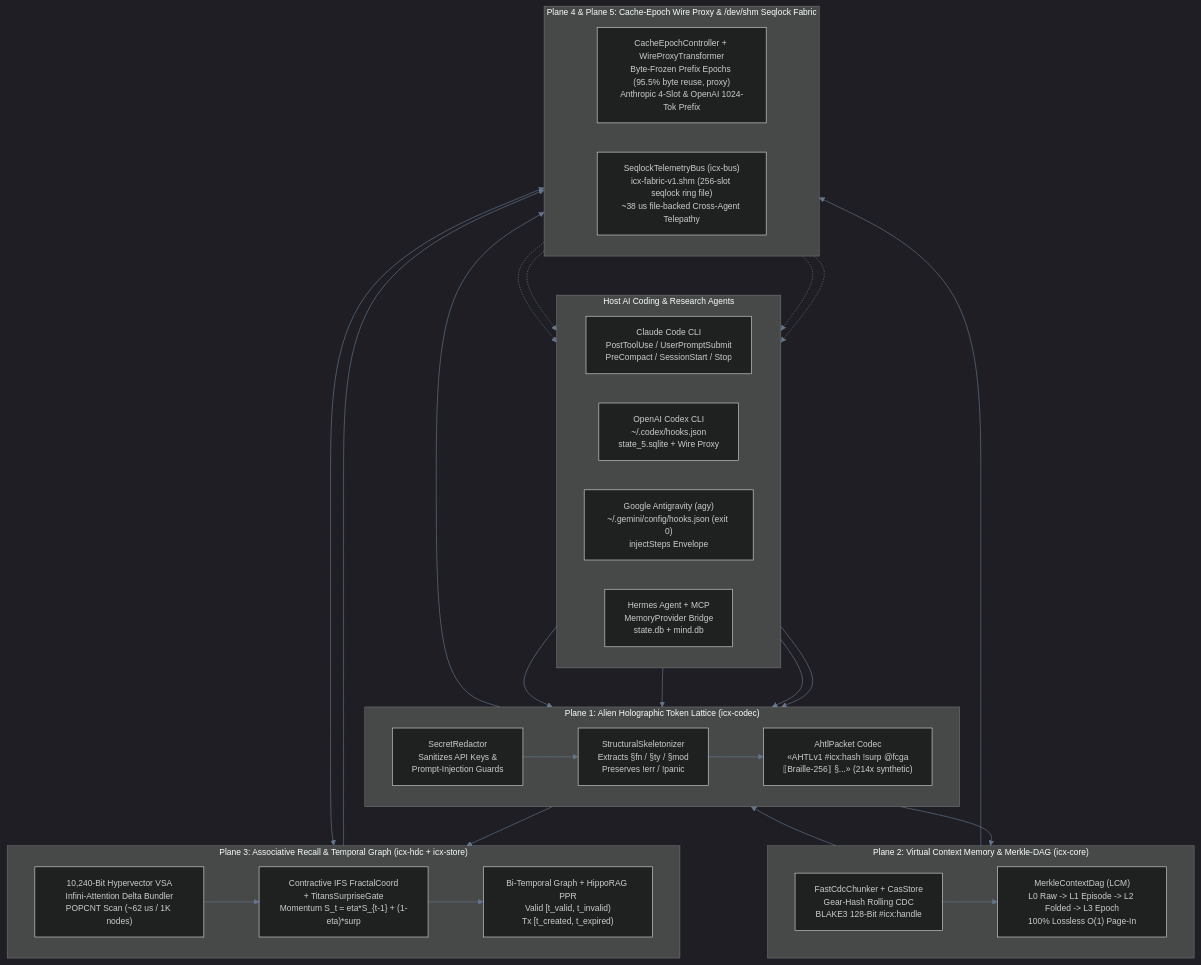
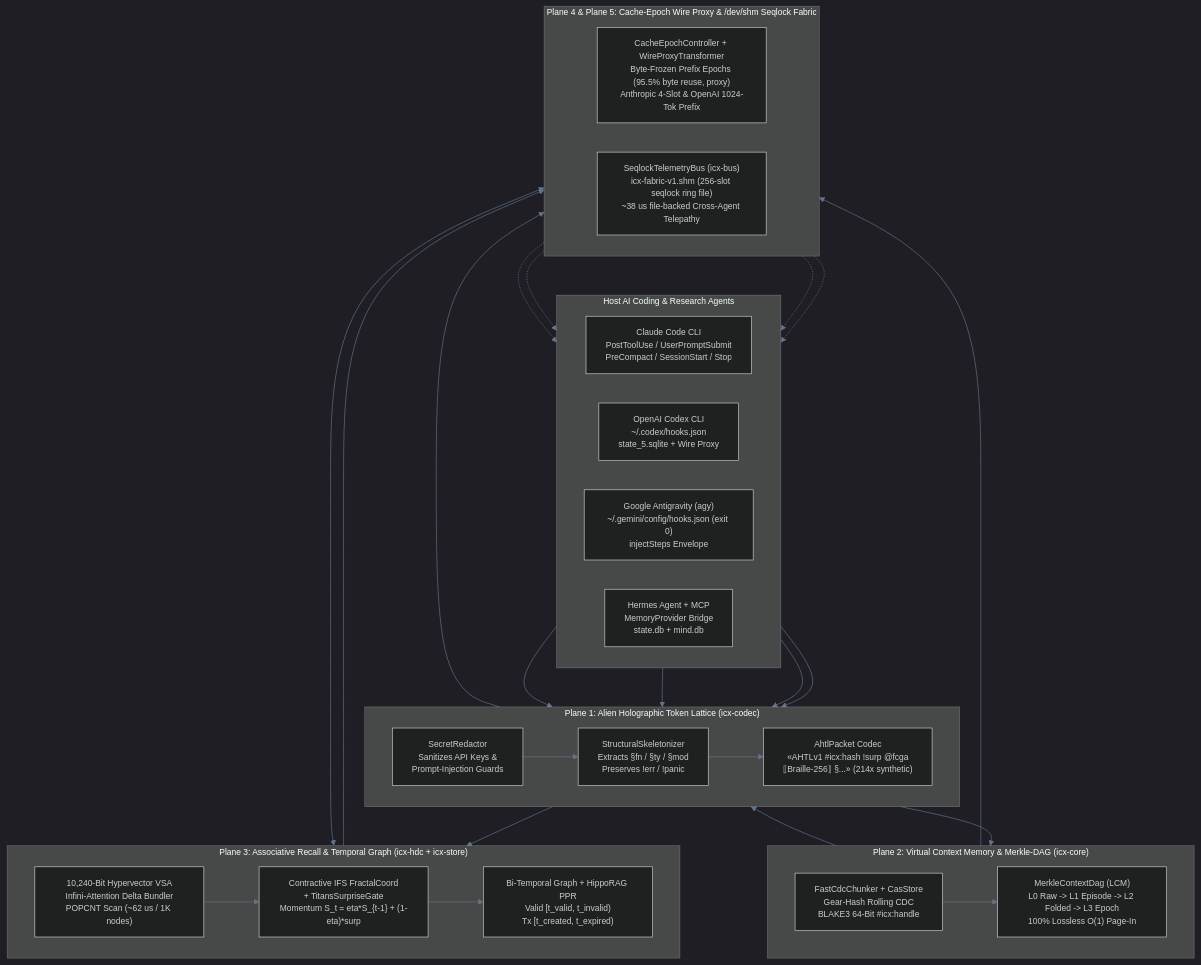
Before and after one commit to doublegate/Infinity-Context: the diagram in docs/diagrams/five-plane-architecture.mmd, drawn with Mermaid. The commit also changed 7 other files, not shown here.

Commit message:
docs(images): correct handle width, HDC scan rate, PPR alpha and proxy deps in graphs

```diff
--- a/docs/diagrams/five-plane-architecture.mmd
+++ b/docs/diagrams/five-plane-architecture.mmd
@@ -1,58 +1,58 @@
 %%{init: {
   "theme": "dark",
   "themeVariables": {
     "fontFamily": "JetBrains Mono, ui-monospace, SFMono-Regular, Menlo, Consolas, monospace",
     "fontSize": "13px",
     "primaryColor": "#0f172a",
     "primaryTextColor": "#f8fafc",
     "primaryBorderColor": "#38bdf8",
     "lineColor": "#64748b",
     "secondaryColor": "#1e1b4b",
     "tertiaryColor": "#064e3b"
   },
   "flowchart": { "curve": "basis", "nodeSpacing": 45, "rankSpacing": 60 }
 }}%%
 
 flowchart TB
   subgraph AGENTS["Host AI Coding & Research Agents"]
     direction LR
     CC["Claude Code CLI<br/>PostToolUse / UserPromptSubmit<br/>PreCompact / SessionStart / Stop"]
     CX["OpenAI Codex CLI<br/>~/.codex/hooks.json<br/>state_5.sqlite + Wire Proxy"]
     AG["Google Antigravity (agy)<br/>~/.gemini/config/hooks.json (exit 0)<br/>injectSteps Envelope"]
     HM["Hermes Agent + MCP<br/>MemoryProvider Bridge<br/>state.db + mind.db"]
   end
 
   subgraph P1["Plane 1: Alien Holographic Token Lattice (icx-codec)"]
     direction LR
     RED["SecretRedactor<br/>Sanitizes API Keys &amp;<br/>Prompt-Injection Guards"]
     SKEL["StructuralSkeletonizer<br/>Extracts §fn / §ty / §mod<br/>Preserves !err / !panic"]
     AHTL["AhtlPacket Codec<br/>«AHTLv1 #icx:hash !surp @fcga<br/>⟦Braille-256⟧ §...» (214x synthetic)"]
   end
 
   subgraph P2["Plane 2: Virtual Context Memory & Merkle-DAG (icx-core)"]
     direction LR
-    CDC["FastCdcChunker + CasStore<br/>Gear-Hash Rolling CDC<br/>BLAKE3 128-Bit #icx:handle"]
+    CDC["FastCdcChunker + CasStore<br/>Gear-Hash Rolling CDC<br/>BLAKE3 64-Bit #icx:handle"]
     DAG["MerkleContextDag (LCM)<br/>L0 Raw -> L1 Episode -> L2 Folded -> L3 Epoch<br/>100% Lossless O(1) Page-In"]
   end
 
   subgraph P3["Plane 3: Associative Recall & Temporal Graph (icx-hdc + icx-store)"]
     direction LR
     HDC["10,240-Bit Hypervector VSA<br/>Infini-Attention Delta Bundler<br/>POPCNT Scan (~62 us / 1K nodes)"]
     FCGA["Contractive IFS FractalCoord<br/>+ TitansSurpriseGate<br/>Momentum S_t = eta*S_{t-1} + (1-eta)*surp"]
     PPR["Bi-Temporal Graph + HippoRAG PPR<br/>Valid [t_valid, t_invalid)<br/>Tx [t_created, t_expired)"]
   end
 
   subgraph P45["Plane 4 & Plane 5: Cache-Epoch Wire Proxy & /dev/shm Seqlock Fabric"]
     direction LR
     EPOCH["CacheEpochController + WireProxyTransformer<br/>Byte-Frozen Prefix Epochs (95.5% byte reuse, proxy)<br/>Anthropic 4-Slot &amp; OpenAI 1024-Tok Prefix"]
     SHM["SeqlockTelemetryBus (icx-bus)<br/>icx-fabric-v1.shm (256-slot seqlock ring file)<br/>~38 us file-backed Cross-Agent Telepathy"]
   end
 
   CC & CX & AG & HM --> RED
   RED --> SKEL --> AHTL
   RED --> CDC --> DAG
   DAG --> AHTL
   AHTL --> HDC --> FCGA --> PPR
   AHTL & PPR & DAG --> EPOCH
   HDC <--> SHM
   SHM -.-> CC & CX & AG & HM
```
